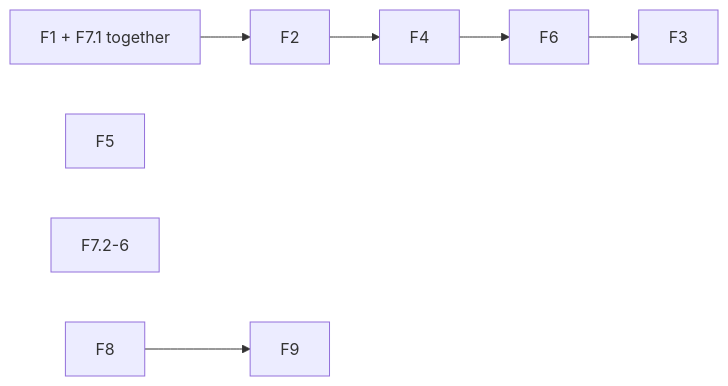
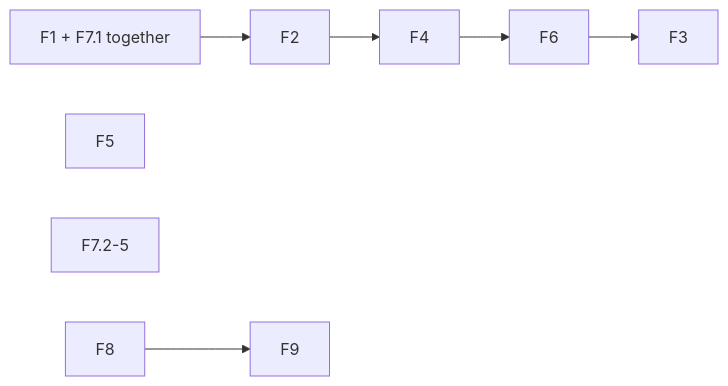
The diagram in docs/design/refactor-audit-cli.md (vlwkaos/wsx), drawn with Mermaid before and after one commit. The commit also changed other lines of this file, not shown here.

````diff
--- a/docs/design/refactor-audit-cli.md
+++ b/docs/design/refactor-audit-cli.md
@@ -40,7 +39,7 @@
 ```mermaid
 flowchart LR
   F1["F1 + F7.1 together"] --> F2 --> F4 --> F6 --> F3
   F5
-  F7["F7.2-6"]
+  F7["F7.2-5"]
   F8 --> F9
 ```
````
